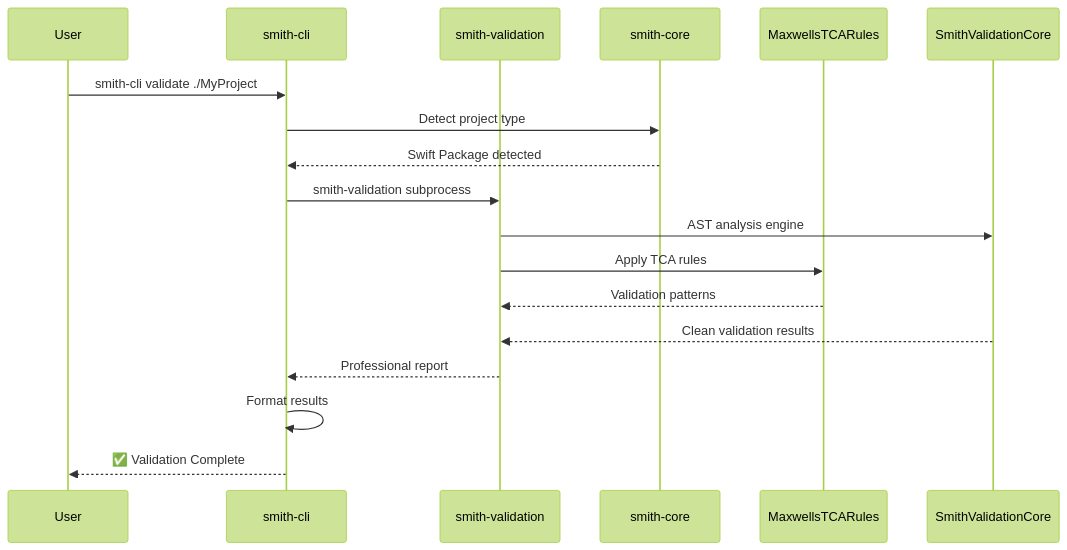
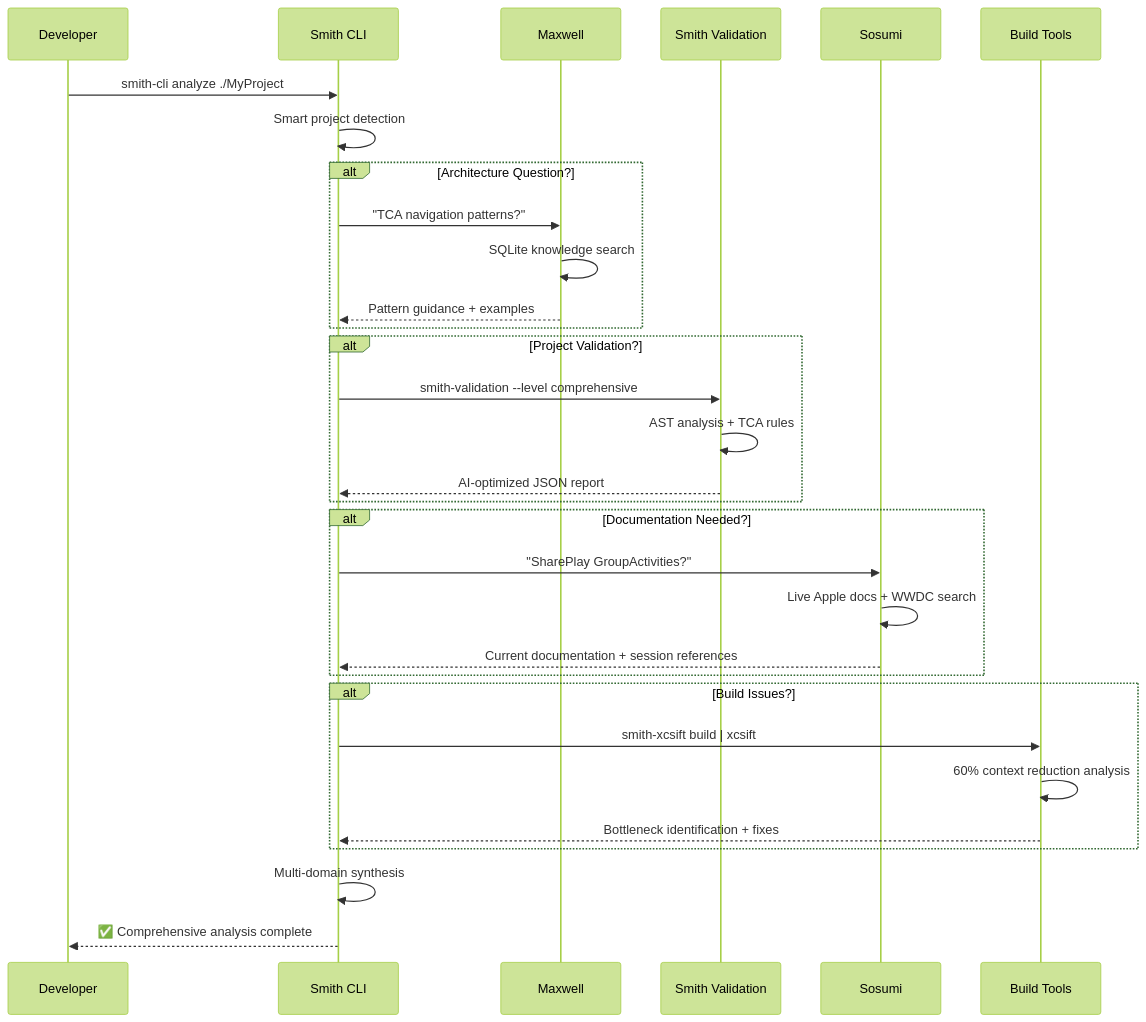
Before and after one commit to Smith-Tools/.github: the diagram in profile/README.md, drawn with Mermaid (forest theme). The commit also changed other lines of this file, not shown here.

First line of the commit message:
Revamp organization profile for AI-powered Swift development ecosystem

````diff
--- a/profile/README.md
+++ b/profile/README.md
@@ -86,23 +109,39 @@
 ```mermaid
 sequenceDiagram
-    participant U as User
-    participant S as smith-cli
-    participant V as smith-validation
-    participant C as smith-core
-    participant T as MaxwellsTCARules
-    participant A as SmithValidationCore
+    participant D as Developer
+    participant C as Smith CLI
+    participant M as Maxwell
+    participant V as Smith Validation
+    participant S as Sosumi
+    participant B as Build Tools
 
-    U->>S: smith-cli validate ./MyProject
-    S->>C: Detect project type
-    C-->>S: Swift Package detected
+    D->>C: smith-cli analyze ./MyProject
+    C->>C: Smart project detection
 
-    S->>V: smith-validation subprocess
-    V->>A: AST analysis engine
-    V->>T: Apply TCA rules
-    T-->>V: Validation patterns
-    A-->>V: Clean validation results
-    V-->>S: Professional report
+    alt Architecture Question?
+        C->>M: "TCA navigation patterns?"
+        M->>M: SQLite knowledge search
+        M-->>C: Pattern guidance + examples
+    end
 
-    S->>S: Format results
-    S-->>U: ✅ Validation Complete
+    alt Project Validation?
+        C->>V: smith-validation --level comprehensive
+        V->>V: AST analysis + TCA rules
+        V-->>C: AI-optimized JSON report
+    end
+
+    alt Documentation Needed?
+        C->>S: "SharePlay GroupActivities?"
+        S->>S: Live Apple docs + WWDC search
+        S-->>C: Current documentation + session references
+    end
+
+    alt Build Issues?
+        C->>B: smith-xcsift build | xcsift
+        B->>B: 60% context reduction analysis
+        B-->>C: Bottleneck identification + fixes
+    end
+
+    C->>C: Multi-domain synthesis
+    C-->>D: ✅ Comprehensive analysis complete
 ```
````
